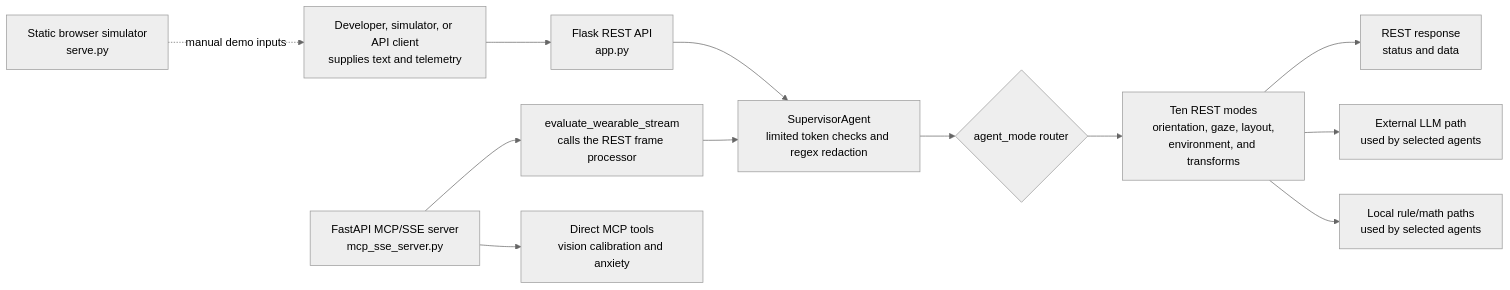
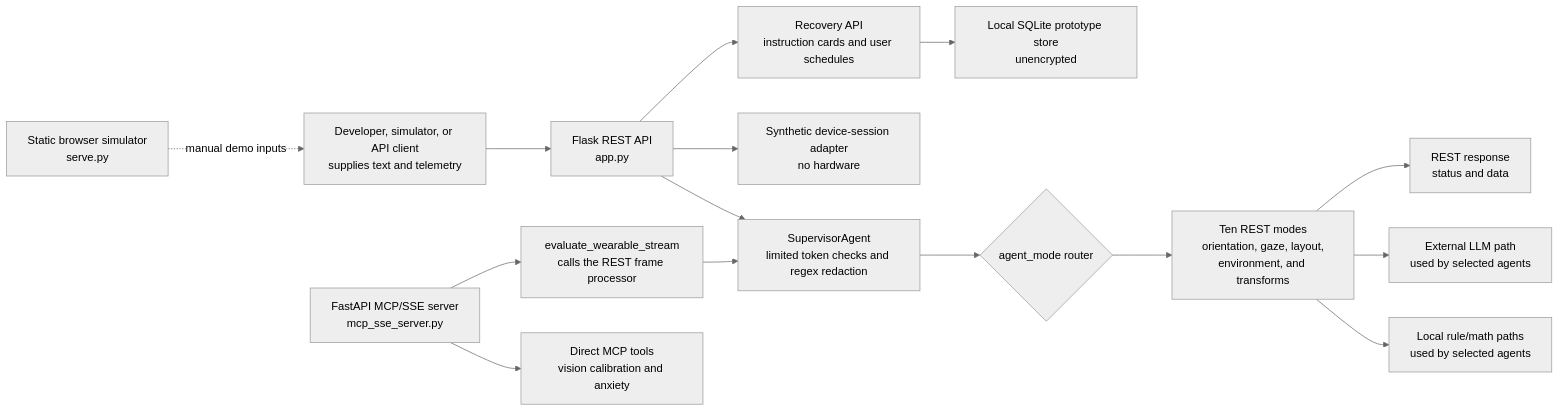
One commit to manishrattan/OcuGuard changed the diagram in README.md. Above: the diagram before and after it, drawn with Mermaid (neutral theme). The commit also changed other lines of this file and 17 other files, not shown here.

Commit message:
Add configurable recovery companion and device demo

````diff
--- a/README.md
+++ b/README.md
@@ -49,22 +49,27 @@
 ```mermaid
 flowchart LR
     U["Developer, simulator, or API client<br/>supplies text and telemetry"]
     REST["Flask REST API<br/>app.py"]
+    REC["Recovery API<br/>instruction cards and user schedules"]
+    DB["Local SQLite prototype store<br/>unencrypted"]
+    DEVICE["Synthetic device-session adapter<br/>no hardware"]
     SUP["SupervisorAgent<br/>limited token checks and regex redaction"]
     ROUTER{"agent_mode router"}
     AGENTS["Ten REST modes<br/>orientation, gaze, layout,<br/>environment, and transforms"]
     RESP["REST response<br/>status and data"]
     MCP["FastAPI MCP/SSE server<br/>mcp_sse_server.py"]
     FRAME["evaluate_wearable_stream<br/>calls the REST frame processor"]
     TOOLS["Direct MCP tools<br/>vision calibration and anxiety"]
     SIM["Static browser simulator<br/>serve.py"]
     LLM["External LLM path<br/>used by selected agents"]
     LOCAL["Local rule/math paths<br/>used by selected agents"]
 
     U --> REST --> SUP --> ROUTER --> AGENTS --> RESP
+    REST --> REC --> DB
+    REST --> DEVICE
     MCP --> FRAME --> SUP
     MCP --> TOOLS
     AGENTS --> LLM
     AGENTS --> LOCAL
     SIM -. "manual demo inputs" .-> U
 ```
````
